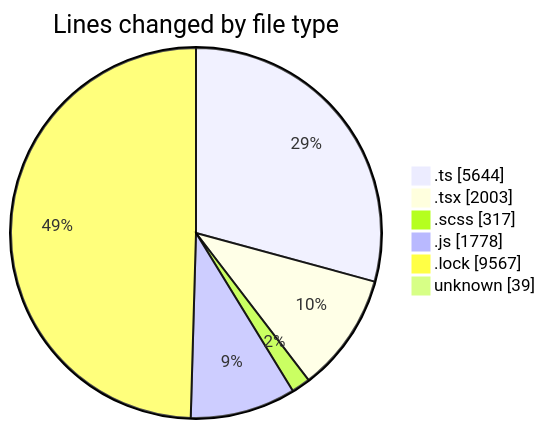
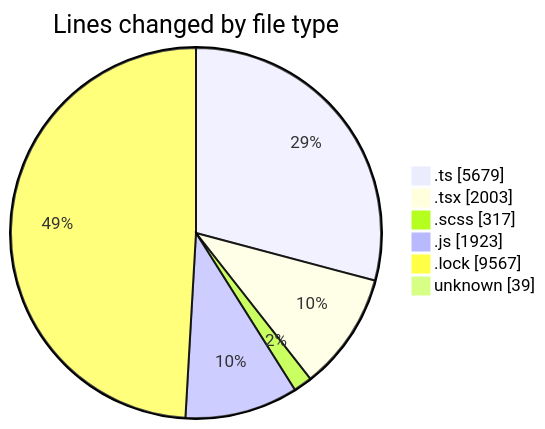
The first of 2 diagrams in 2025-03-21/cda/README.md (momahboobian/code-tracking), drawn with Mermaid before and after one commit. The commit also changed other lines of this file and 1 other file, not shown here.

````diff
--- a/2025-03-21/cda/README.md
+++ b/2025-03-21/cda/README.md
@@ -43,10 +43,10 @@
 ```mermaid
 pie showData
 title Lines changed by file type
-".ts" : 5644
+".ts" : 5679
 ".tsx" : 2003
 ".scss" : 317
-".js" : 1778
+".js" : 1923
 ".lock" : 9567
 "unknown" : 39
 ```
````
